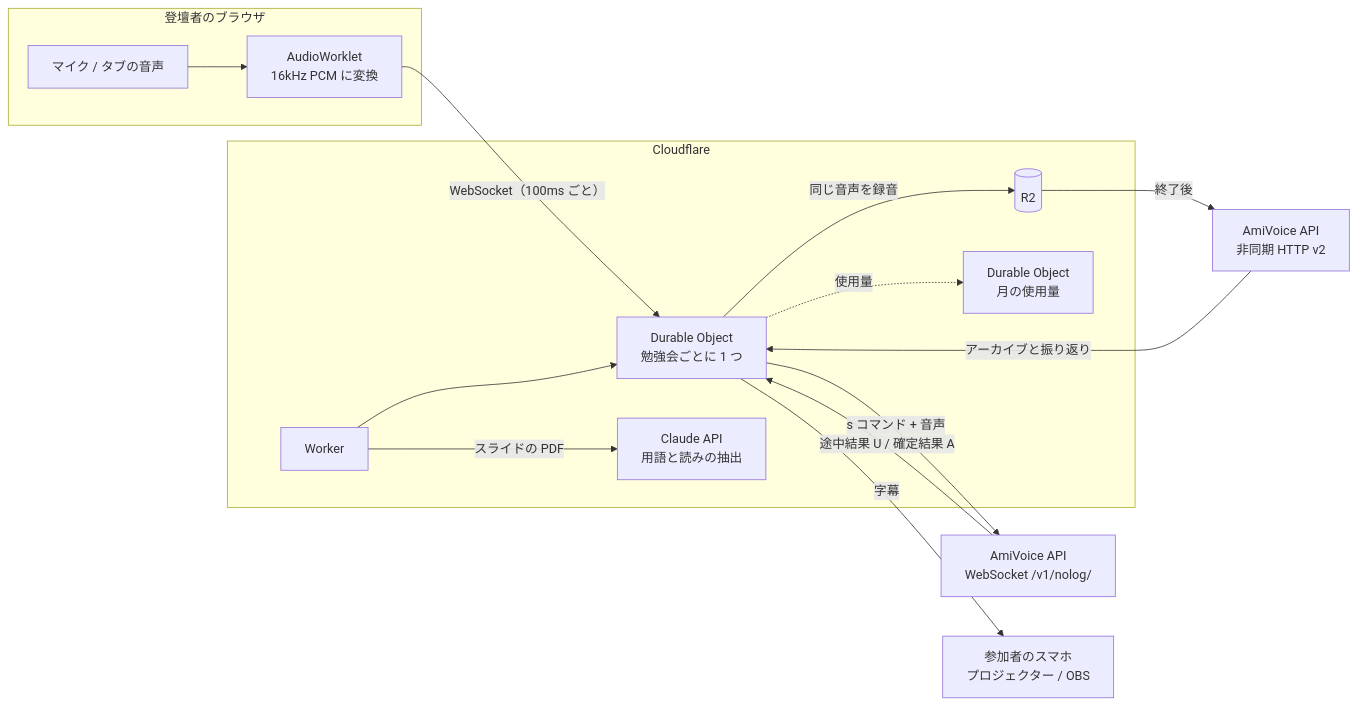
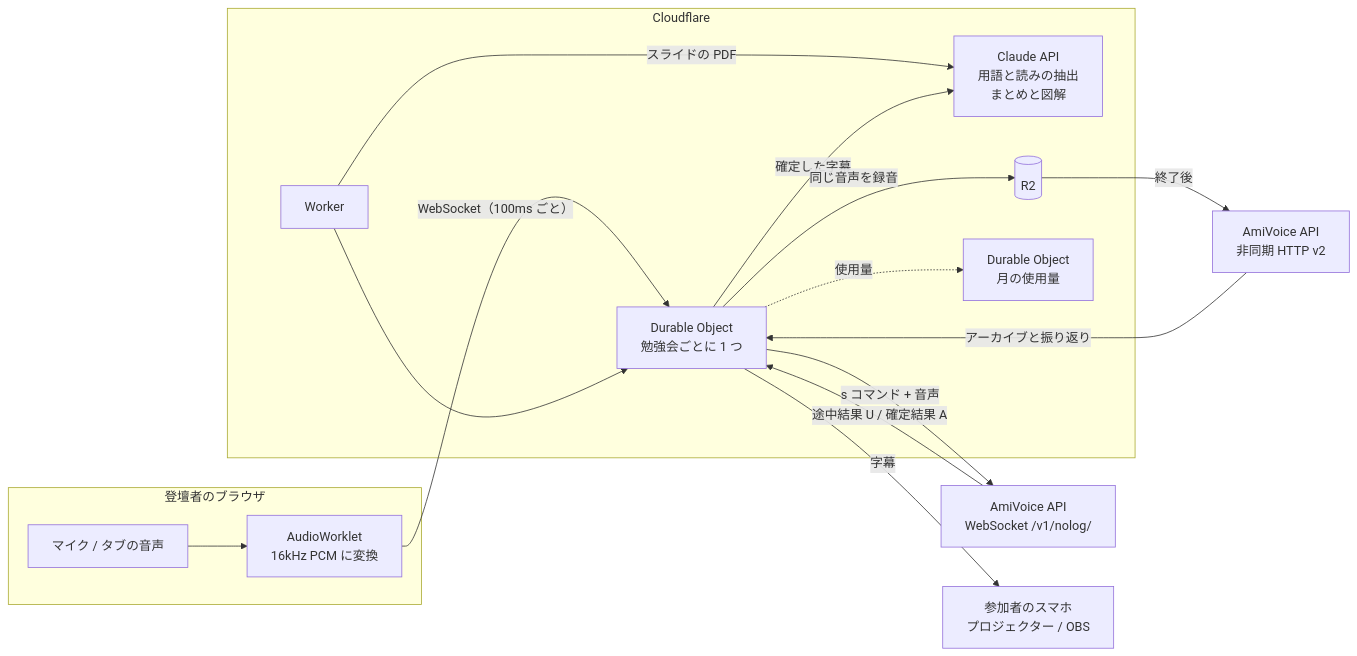
One commit to ponyo877/amivoice-live changed the diagram in docs/zenn/article.md. Above: the diagram before and after it, drawn with Mermaid. The commit also changed other lines of this file and 3 other files, not shown here.

First line of the commit message:
docs: 話の内容のまとめと図解を、README と記事に書き足す

````diff
--- a/docs/zenn/article.md
+++ b/docs/zenn/article.md
@@ -87,18 +103,19 @@
 ```mermaid
 flowchart LR
   subgraph 登壇者のブラウザ
     Mic[マイク / タブの音声] --> Worklet[AudioWorklet<br/>16kHz PCM に変換]
   end
   Worklet -- WebSocket（100ms ごと） --> DO
   subgraph Cloudflare
     W[Worker] --> DO[Durable Object<br/>勉強会ごとに 1 つ]
-    W -- スライドの PDF --> Claude[Claude API<br/>用語と読みの抽出]
+    W -- スライドの PDF --> Claude[Claude API<br/>用語と読みの抽出<br/>まとめと図解]
+    DO -- 確定した字幕 --> Claude
     DO -- 同じ音声を録音 --> R2[(R2)]
     DO -.使用量.-> U[Durable Object<br/>月の使用量]
   end
   DO -- s コマンド + 音声 --> Ami[AmiVoice API<br/>WebSocket /v1/nolog/]
   Ami -- 途中結果 U / 確定結果 A --> DO
   DO -- 字幕 --> V[参加者のスマホ<br/>プロジェクター / OBS]
   R2 -- 終了後 --> Async[AmiVoice API<br/>非同期 HTTP v2]
   Async -- アーカイブと振り返り --> DO
 ```
````
